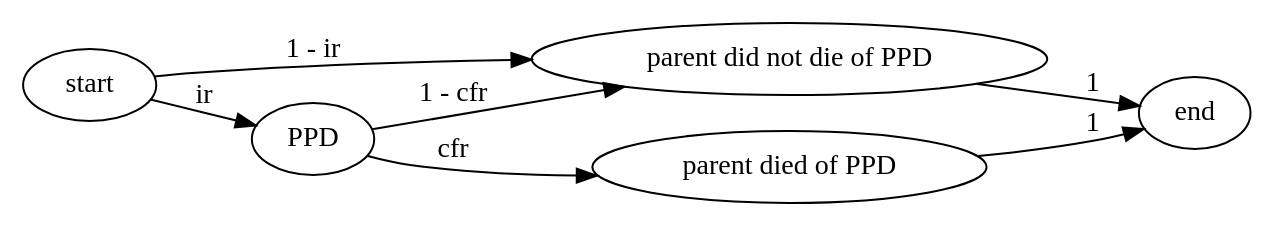
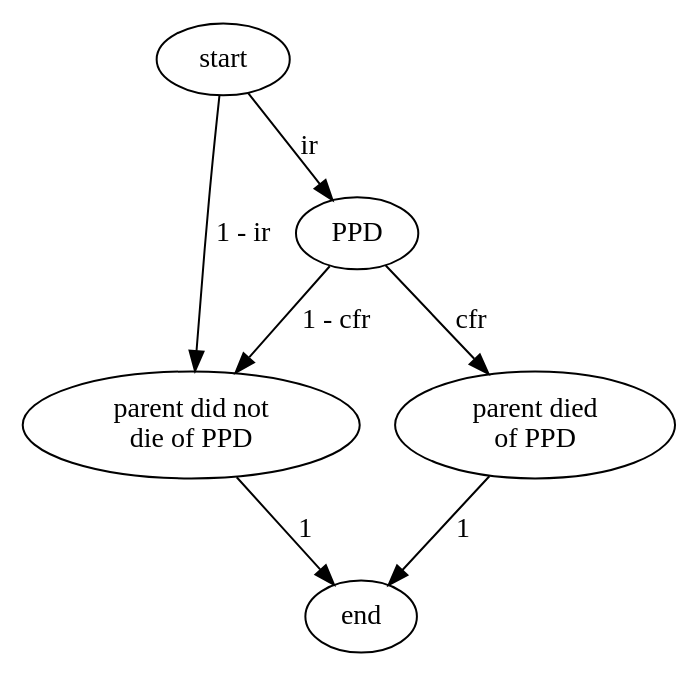
One commit to ihmeuw/vivarium_research changed the diagram in docs/source/models/causes/maternal_disorders/gbd_2021_mncnh/postpartum_depression.rst. Above: the diagram before and after it, drawn with Graphviz. The commit also changed 9 other files, not shown here.

First line of the commit message:
Make graphviz cause model diagrams more compact and vertical

```diff
--- a/docs/source/models/causes/maternal_disorders/gbd_2021_mncnh/postpartum_depression.rst
+++ b/docs/source/models/causes/maternal_disorders/gbd_2021_mncnh/postpartum_depression.rst
@@ -145,16 +145,15 @@
 .. graphviz::
 
     digraph ppd_decisions {
-        rankdir = LR;
         start [label="start"]
         end [label="end"]
-        alive [label="parent did not die of PPD"]
-        dead [label="parent died of PPD"]
+        alive [label="parent did not\ndie of PPD"]
+        dead [label="parent died\nof PPD"]
 
         start -> alive  [label = "1 - ir"]
         start -> PPD [label = "ir"]
         PPD -> alive [label = "1 - cfr"]
         PPD -> dead [label = "cfr"]
         alive -> end  [label = "1"]
         dead -> end  [label = "1"]
     }
```
